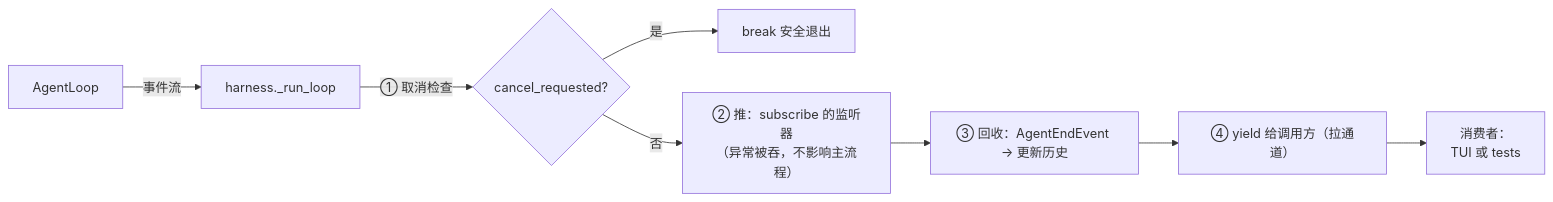
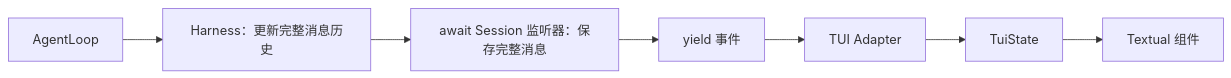
Before and after one commit to s0meb0dy3/nexa: the fourth of 6 diagrams in dev-notes/architecture-walkthrough.md, drawn with Mermaid. The commit also changed other lines of this file and 25 other files, not shown here.

````diff
--- a/dev-notes/architecture-walkthrough.md
+++ b/dev-notes/architecture-walkthrough.md
@@ -179,10 +176,9 @@
 ```mermaid
 flowchart LR
-    LP["AgentLoop"] -->|"事件流"| RL["harness._run_loop"]
-    RL -->|"① 取消检查"| CK{"cancel_requested?"}
-    CK -- "是" --> STOP["break 安全退出"]
-    CK -- "否" --> SUB["② 推：subscribe 的监听器<br/>（异常被吞，不影响主流程）"]
-    SUB --> RECYCLE["③ 回收：AgentEndEvent → 更新历史"]
-    RECYCLE --> YIELD["④ yield 给调用方（拉通道）"]
-    YIELD --> CONS["消费者：<br/>TUI 或 tests"]
+    LP["AgentLoop"] --> H["Harness：更新完整消息历史"]
+    H --> S["await Session 监听器：保存完整消息"]
+    S --> Y["yield 事件"]
+    Y --> A["TUI Adapter"]
+    A --> ST["TuiState"]
+    ST --> UI["Textual 组件"]
 ```
````
